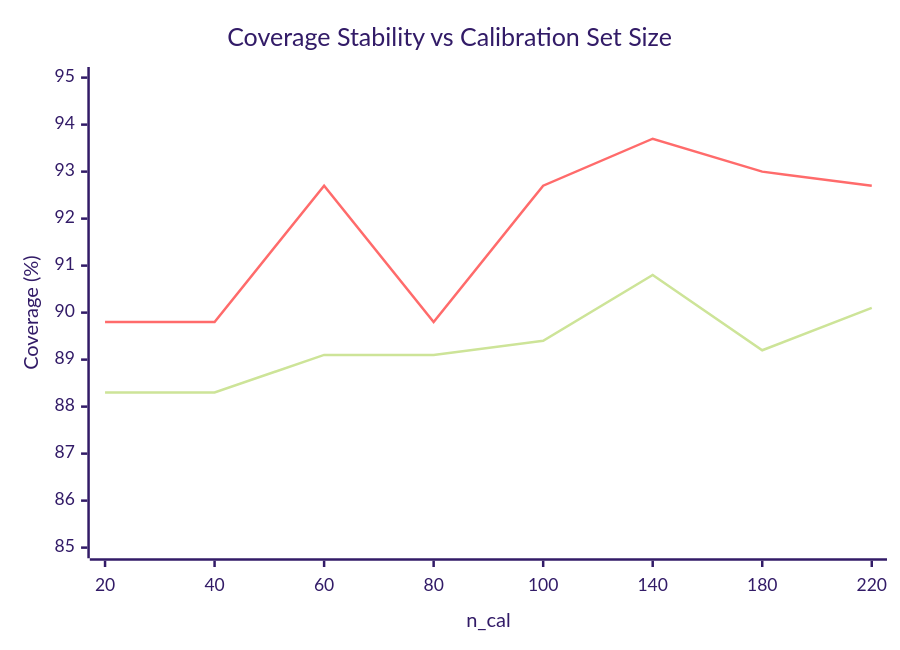
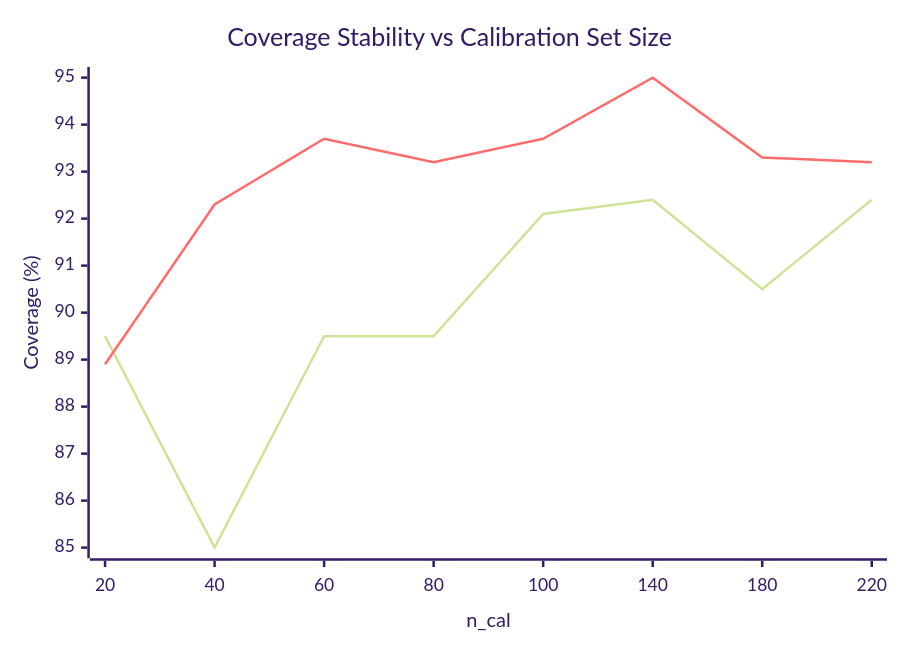
Before and after one commit to fsvov/CRANE: the second of 2 diagrams in README.md, drawn with Mermaid (forest theme). The commit also changed other lines of this file and 2 other files, not shown here.

````diff
--- a/README.md
+++ b/README.md
@@ -138,8 +138,8 @@
 ```mermaid
 xychart-beta
     title "Coverage Stability vs Calibration Set Size"
     x-axis "n_cal" [20, 40, 60, 80, 100, 140, 180, 220]
     y-axis "Coverage (%)" 85 --> 95
-    line [88.3, 88.3, 89.1, 89.1, 89.4, 90.8, 89.2, 90.1]
-    line [89.8, 89.8, 92.7, 89.8, 92.7, 93.7, 93.0, 92.7]
+    line [89.5, 85.0, 89.5, 89.5, 92.1, 92.4, 90.5, 92.4]
+    line [88.9, 92.3, 93.7, 93.2, 93.7, 95.0, 93.3, 93.2]
 ```
````
